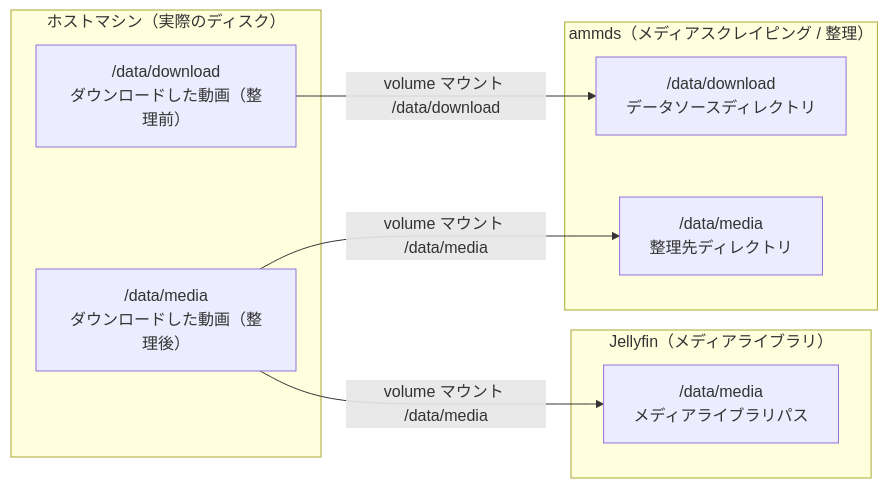
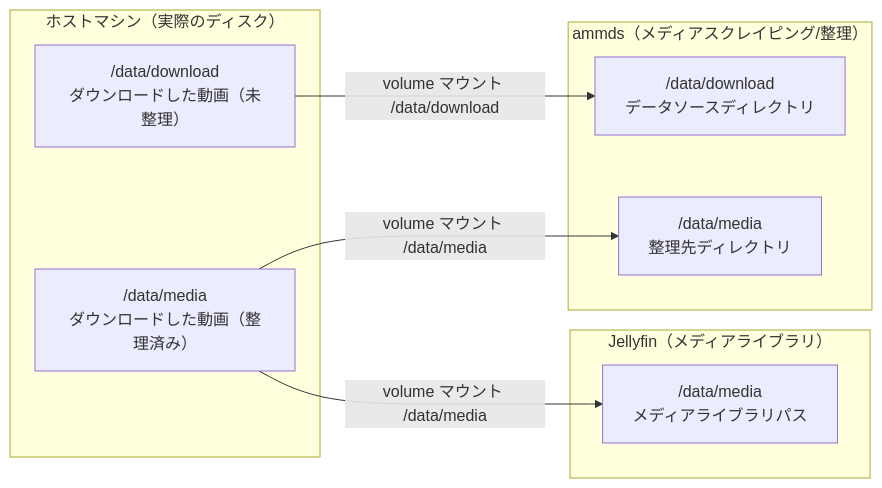
One commit to QYG2297248353/AMMDS-DOC changed the second of 2 diagrams in i18n/ja/docusaurus-plugin-content-docs/current/usage/Mount.md. Above: the diagram before and after it, drawn with Mermaid. The commit also changed other lines of this file and 148 other files, not shown here.

````diff
--- a/i18n/ja/docusaurus-plugin-content-docs/current/usage/Mount.md
+++ b/i18n/ja/docusaurus-plugin-content-docs/current/usage/Mount.md
@@ -74,33 +76,33 @@
 ```mermaid
 flowchart LR
     %% =========================
-    %% ホストマシン（事実のみを保持）
+    %% ホストマシン（事実のみ保持）
     %% =========================
     subgraph HOST["ホストマシン（実際のディスク）"]
-        D1["/data/download<br/>ダウンロードした動画（整理前）"]
-        D2["/data/media<br/>ダウンロードした動画（整理後）"]
+        D1["/data/download<br/>ダウンロードした動画（未整理）"]
+        D2["/data/media<br/>ダウンロードした動画（整理済み）"]
     end
 
     %% =========================
     %% ammds
     %% =========================
-    subgraph AMMDS["ammds（メディアスクレイピング / 整理）"]
+    subgraph AMMDS["ammds（メディアスクレイピング/整理）"]
         A1["/data/download<br/>データソースディレクトリ"]
         A2["/data/media<br/>整理先ディレクトリ"]
     end
 
     %% =========================
     %% jellyfin
     %% =========================
     subgraph JELLYFIN["Jellyfin（メディアライブラリ）"]
         J["/data/media<br/>メディアライブラリパス"]
     end
 
     %% =========================
     %% マウント関係（必要なもののみ）
     %% =========================
     D1 -->|"volume マウント /data/download"| A1
     D2 -->|"volume マウント /data/media"| A2
     D2 -->|"volume マウント /data/media"| J
 
 ```
````
